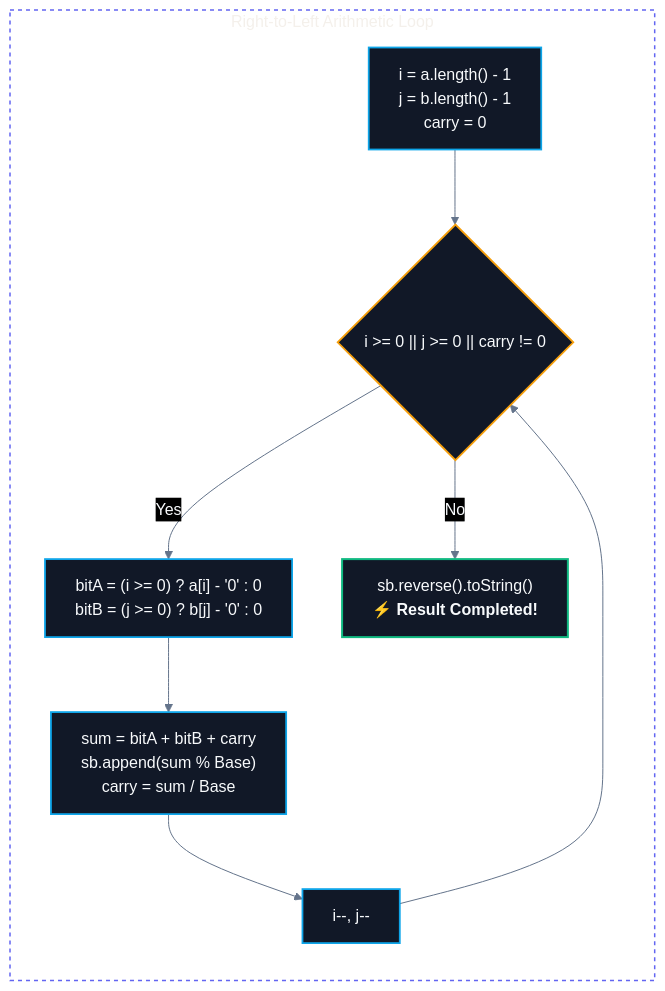
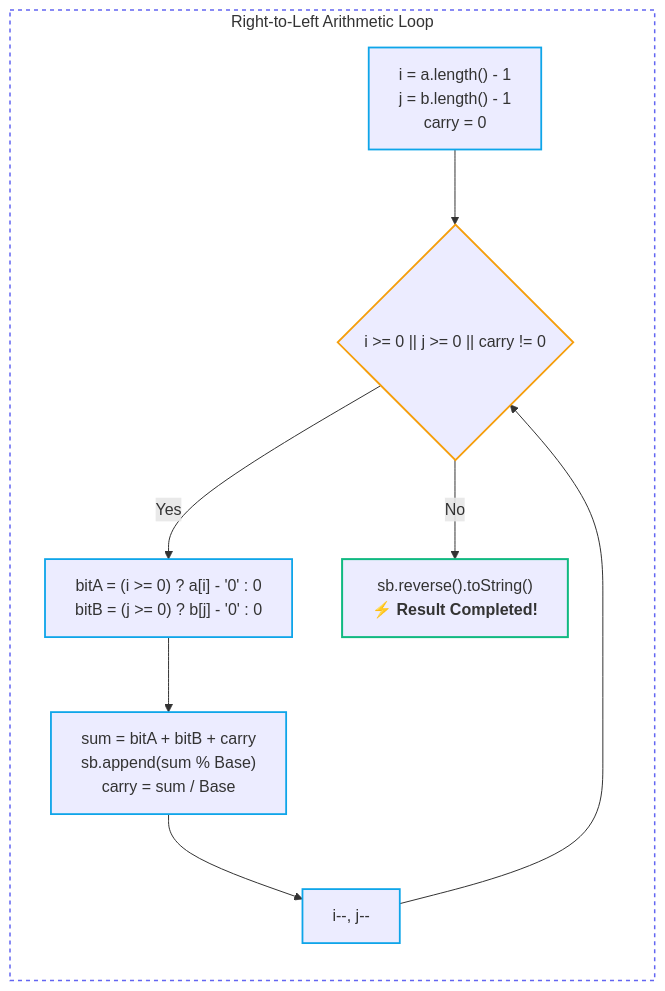
The first of 2 diagrams in CS/DSA/01. Strings/Add Binary & String Arithmetic.md (abhinavbharti2345/CS_Notes), drawn with Mermaid before and after one commit. The commit also changed other lines of this file and 91 other files, not shown here.

````diff
--- a/CS/DSA/01. Strings/Add Binary & String Arithmetic.md
+++ b/CS/DSA/01. Strings/Add Binary & String Arithmetic.md
@@ -34,25 +34,24 @@
 ```mermaid
-%%{init: {'theme': 'base', 'themeVariables': { 'darkMode': true, 'background': '#0B0F14', 'mainBkg': '#111827', 'primaryColor': '#111827', 'primaryTextColor': '#F8FAFC', 'primaryBorderColor': '#38BDF8', 'lineColor': '#64748B', 'secondaryColor': '#0B0F14', 'tertiaryColor': '#0B0F14', 'clusterBkg': '#0B0F14', 'clusterBorder': '#38BDF8' }}}%%
 flowchart TD
     subgraph Simulation ["Right-to-Left Arithmetic Loop"]
         direction TD
         Start["i = a.length() - 1<br/>j = b.length() - 1<br/>carry = 0"] --> Condition{"i >= 0 || j >= 0 || carry != 0"}
         
         Condition -- "Yes" --> Extract["bitA = (i >= 0) ? a[i] - '0' : 0<br/>bitB = (j >= 0) ? b[j] - '0' : 0"]
         Extract --> Calc["sum = bitA + bitB + carry<br/>sb.append(sum % Base)<br/>carry = sum / Base"]
         Calc --> Decrement["i--, j--"]
         Decrement --> Condition
         
         Condition -- "No" --> Reverse["sb.reverse().toString()<br/><b>⚡ Result Completed!</b>"]
     end
 
     style Simulation fill:none,stroke:#6366f1,stroke-width:1.5px,stroke-dasharray:4 4
 
-    classDef step fill:#111827,stroke:#0ea5e9,stroke-width:1.8px,color:#F8FAFC;
-    classDef decision fill:#111827,stroke:#f59e0b,stroke-width:1.8px,color:#F8FAFC;
-    classDef finish fill:#111827,stroke:#10b981,stroke-width:2px,color:#F8FAFC;
+    classDef step stroke:#0ea5e9,stroke-width:1.8px;
+    classDef decision stroke:#f59e0b,stroke-width:1.8px;
+    classDef finish stroke:#10b981,stroke-width:2px;
 
     class Start,Extract,Calc,Decrement step;
     class Condition decision;
     class Reverse finish;
 ```
````
